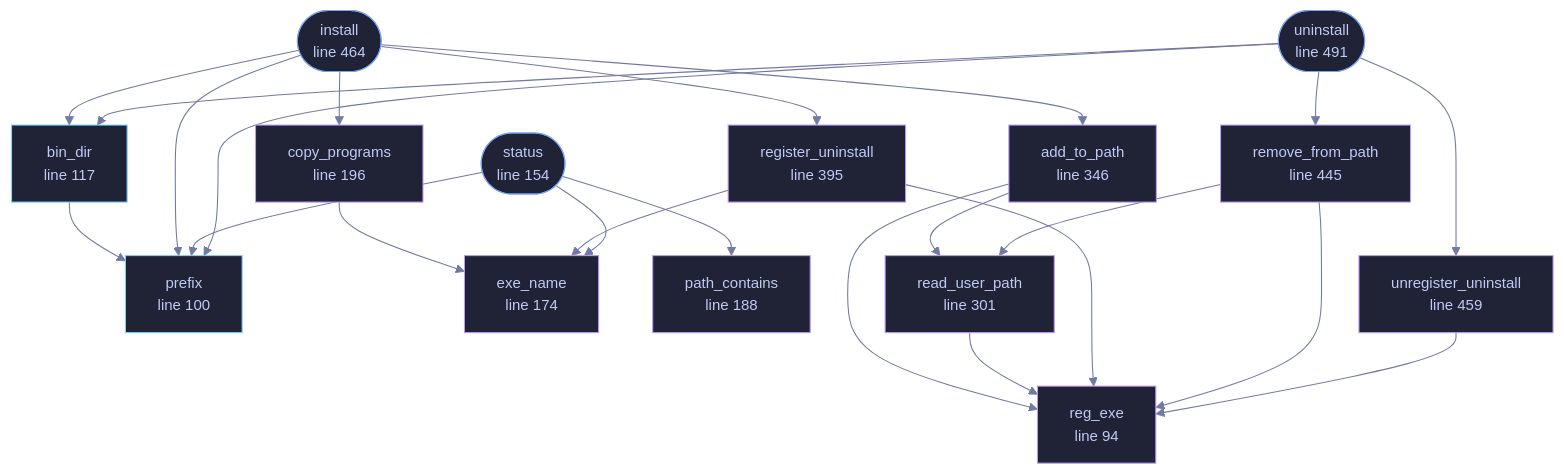
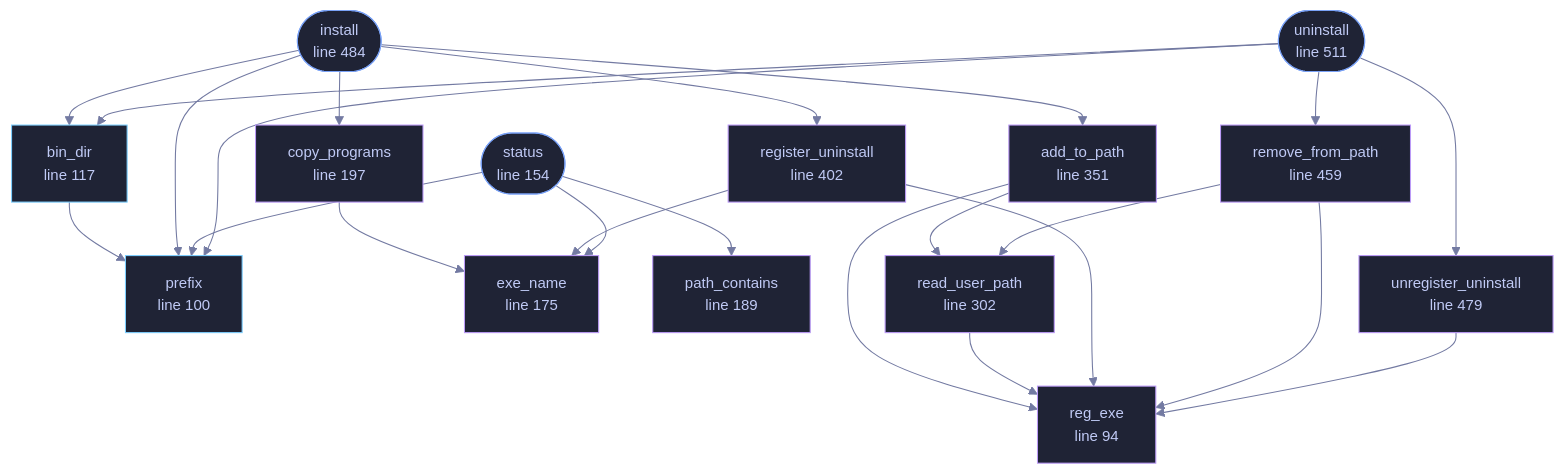
The diagram in docs/files/veilvoice-setup/install.md (tilas01/veilvoice), drawn with Mermaid before and after one commit. The commit also changed other lines of this file and 53 other files, not shown here.

````diff
--- a/docs/files/veilvoice-setup/install.md
+++ b/docs/files/veilvoice-setup/install.md
@@ -131,68 +131,68 @@
 ```mermaid
 %%{init: {"theme":"base","themeVariables":{"background":"#1a1b26","primaryColor":"#1f2335","primaryTextColor":"#c0caf5","primaryBorderColor":"#7aa2f7","secondaryColor":"#16161e","tertiaryColor":"#16161e","lineColor":"#737aa2","textColor":"#c0caf5","mainBkg":"#1f2335","nodeBorder":"#7aa2f7","clusterBkg":"#16161e","clusterBorder":"#2f3549","fontFamily":"ui-monospace, SFMono-Regular, Consolas, monospace","fontSize":"14px"}}}%%
 flowchart TD
     n_reg_exe["reg_exe<br/>line 94"]
     n_prefix["prefix<br/>line 100"]
     n_bin_dir["bin_dir<br/>line 117"]
     n_status(["status<br/>line 154"])
-    n_exe_name["exe_name<br/>line 174"]
-    n_path_contains["path_contains<br/>line 188"]
-    n_copy_programs["copy_programs<br/>line 196"]
-    n_add_to_path["add_to_path<br/>line 239"]
-    n_read_user_path["read_user_path<br/>line 301"]
-    n_add_to_path["add_to_path<br/>line 346"]
-    n_register_uninstall["register_uninstall<br/>line 356"]
-    n_register_uninstall["register_uninstall<br/>line 395"]
-    n_remove_from_path["remove_from_path<br/>line 400"]
-    n_remove_from_path["remove_from_path<br/>line 445"]
-    n_unregister_uninstall["unregister_uninstall<br/>line 450"]
-    n_unregister_uninstall["unregister_uninstall<br/>line 459"]
-    n_install(["install<br/>line 464"])
-    n_uninstall(["uninstall<br/>line 491"])
+    n_exe_name["exe_name<br/>line 175"]
+    n_path_contains["path_contains<br/>line 189"]
+    n_copy_programs["copy_programs<br/>line 197"]
+    n_add_to_path["add_to_path<br/>line 240"]
+    n_read_user_path["read_user_path<br/>line 302"]
+    n_add_to_path["add_to_path<br/>line 351"]
+    n_register_uninstall["register_uninstall<br/>line 361"]
+    n_register_uninstall["register_uninstall<br/>line 402"]
+    n_remove_from_path["remove_from_path<br/>line 413"]
+    n_remove_from_path["remove_from_path<br/>line 459"]
+    n_unregister_uninstall["unregister_uninstall<br/>line 469"]
+    n_unregister_uninstall["unregister_uninstall<br/>line 479"]
+    n_install(["install<br/>line 484"])
+    n_uninstall(["uninstall<br/>line 511"])
     n_add_to_path --> n_read_user_path
     n_add_to_path --> n_reg_exe
     n_bin_dir --> n_prefix
     n_copy_programs --> n_exe_name
     n_install --> n_add_to_path
     n_install --> n_bin_dir
     n_install --> n_copy_programs
     n_install --> n_prefix
     n_install --> n_register_uninstall
     n_read_user_path --> n_reg_exe
     n_register_uninstall --> n_exe_name
     n_register_uninstall --> n_reg_exe
     n_remove_from_path --> n_read_user_path
     n_remove_from_path --> n_reg_exe
     n_status --> n_exe_name
     n_status --> n_path_contains
     n_status --> n_prefix
     n_uninstall --> n_bin_dir
     n_uninstall --> n_prefix
     n_uninstall --> n_remove_from_path
     n_uninstall --> n_unregister_uninstall
     n_unregister_uninstall --> n_reg_exe
     click n_reg_exe href "https://github.com/tilas01/veilvoice/blob/main/crates/veilvoice-setup/src/install.rs#L94" "open the source"
     click n_prefix href "https://github.com/tilas01/veilvoice/blob/main/crates/veilvoice-setup/src/install.rs#L100" "open the source"
     click n_bin_dir href "https://github.com/tilas01/veilvoice/blob/main/crates/veilvoice-setup/src/install.rs#L117" "open the source"
     click n_status href "https://github.com/tilas01/veilvoice/blob/main/crates/veilvoice-setup/src/install.rs#L154" "open the source"
-    click n_exe_name href "https://github.com/tilas01/veilvoice/blob/main/crates/veilvoice-setup/src/install.rs#L174" "open the source"
-    click n_path_contains href "https://github.com/tilas01/veilvoice/blob/main/crates/veilvoice-setup/src/install.rs#L188" "open the source"
-    click n_copy_programs href "https://github.com/tilas01/veilvoice/blob/main/crates/veilvoice-setup/src/install.rs#L196" "open the source"
-    click n_add_to_path href "https://github.com/tilas01/veilvoice/blob/main/crates/veilvoice-setup/src/install.rs#L239" "open the source"
-    click n_read_user_path href "https://github.com/tilas01/veilvoice/blob/main/crates/veilvoice-setup/src/install.rs#L301" "open the source"
-    click n_add_to_path href "https://github.com/tilas01/veilvoice/blob/main/crates/veilvoice-setup/src/install.rs#L346" "open the source"
-    click n_register_uninstall href "https://github.com/tilas01/veilvoice/blob/main/crates/veilvoice-setup/src/install.rs#L356" "open the source"
-    click n_register_uninstall href "https://github.com/tilas01/veilvoice/blob/main/crates/veilvoice-setup/src/install.rs#L395" "open the source"
-    click n_remove_from_path href "https://github.com/tilas01/veilvoice/blob/main/crates/veilvoice-setup/src/install.rs#L400" "open the source"
-    click n_remove_from_path href "https://github.com/tilas01/veilvoice/blob/main/crates/veilvoice-setup/src/install.rs#L445" "open the source"
-    click n_unregister_uninstall href "https://github.com/tilas01/veilvoice/blob/main/crates/veilvoice-setup/src/install.rs#L450" "open the source"
-    click n_unregister_uninstall href "https://github.com/tilas01/veilvoice/blob/main/crates/veilvoice-setup/src/install.rs#L459" "open the source"
-    click n_install href "https://github.com/tilas01/veilvoice/blob/main/crates/veilvoice-setup/src/install.rs#L464" "open the source"
-    click n_uninstall href "https://github.com/tilas01/veilvoice/blob/main/crates/veilvoice-setup/src/install.rs#L491" "open the source"
+    click n_exe_name href "https://github.com/tilas01/veilvoice/blob/main/crates/veilvoice-setup/src/install.rs#L175" "open the source"
+    click n_path_contains href "https://github.com/tilas01/veilvoice/blob/main/crates/veilvoice-setup/src/install.rs#L189" "open the source"
+    click n_copy_programs href "https://github.com/tilas01/veilvoice/blob/main/crates/veilvoice-setup/src/install.rs#L197" "open the source"
+    click n_add_to_path href "https://github.com/tilas01/veilvoice/blob/main/crates/veilvoice-setup/src/install.rs#L240" "open the source"
+    click n_read_user_path href "https://github.com/tilas01/veilvoice/blob/main/crates/veilvoice-setup/src/install.rs#L302" "open the source"
+    click n_add_to_path href "https://github.com/tilas01/veilvoice/blob/main/crates/veilvoice-setup/src/install.rs#L351" "open the source"
+    click n_register_uninstall href "https://github.com/tilas01/veilvoice/blob/main/crates/veilvoice-setup/src/install.rs#L361" "open the source"
+    click n_register_uninstall href "https://github.com/tilas01/veilvoice/blob/main/crates/veilvoice-setup/src/install.rs#L402" "open the source"
+    click n_remove_from_path href "https://github.com/tilas01/veilvoice/blob/main/crates/veilvoice-setup/src/install.rs#L413" "open the source"
+    click n_remove_from_path href "https://github.com/tilas01/veilvoice/blob/main/crates/veilvoice-setup/src/install.rs#L459" "open the source"
+    click n_unregister_uninstall href "https://github.com/tilas01/veilvoice/blob/main/crates/veilvoice-setup/src/install.rs#L469" "open the source"
+    click n_unregister_uninstall href "https://github.com/tilas01/veilvoice/blob/main/crates/veilvoice-setup/src/install.rs#L479" "open the source"
+    click n_install href "https://github.com/tilas01/veilvoice/blob/main/crates/veilvoice-setup/src/install.rs#L484" "open the source"
+    click n_uninstall href "https://github.com/tilas01/veilvoice/blob/main/crates/veilvoice-setup/src/install.rs#L511" "open the source"
     classDef entry fill:#1f2335,stroke:#7aa2f7,color:#c0caf5
     class n_status,n_install,n_uninstall entry
     classDef api fill:#1f2335,stroke:#7dcfff,color:#c0caf5
     class n_prefix,n_bin_dir api
     classDef helper fill:#1f2335,stroke:#bb9af7,color:#c0caf5
     class n_reg_exe,n_exe_name,n_path_contains,n_copy_programs,n_add_to_path,n_read_user_path,n_add_to_path,n_register_uninstall,n_register_uninstall,n_remove_from_path,n_remove_from_path,n_unregister_uninstall,n_unregister_uninstall helper
 ```
````
